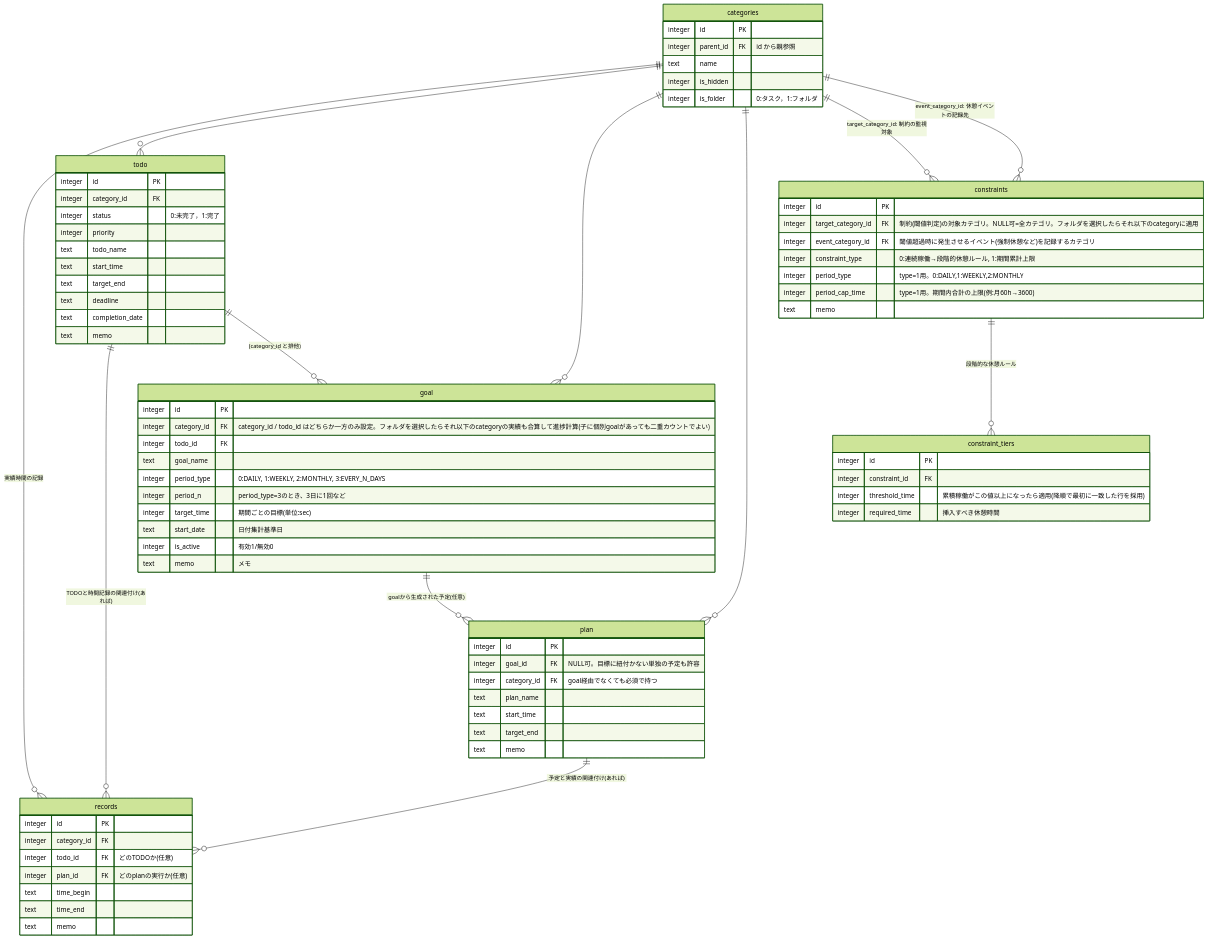
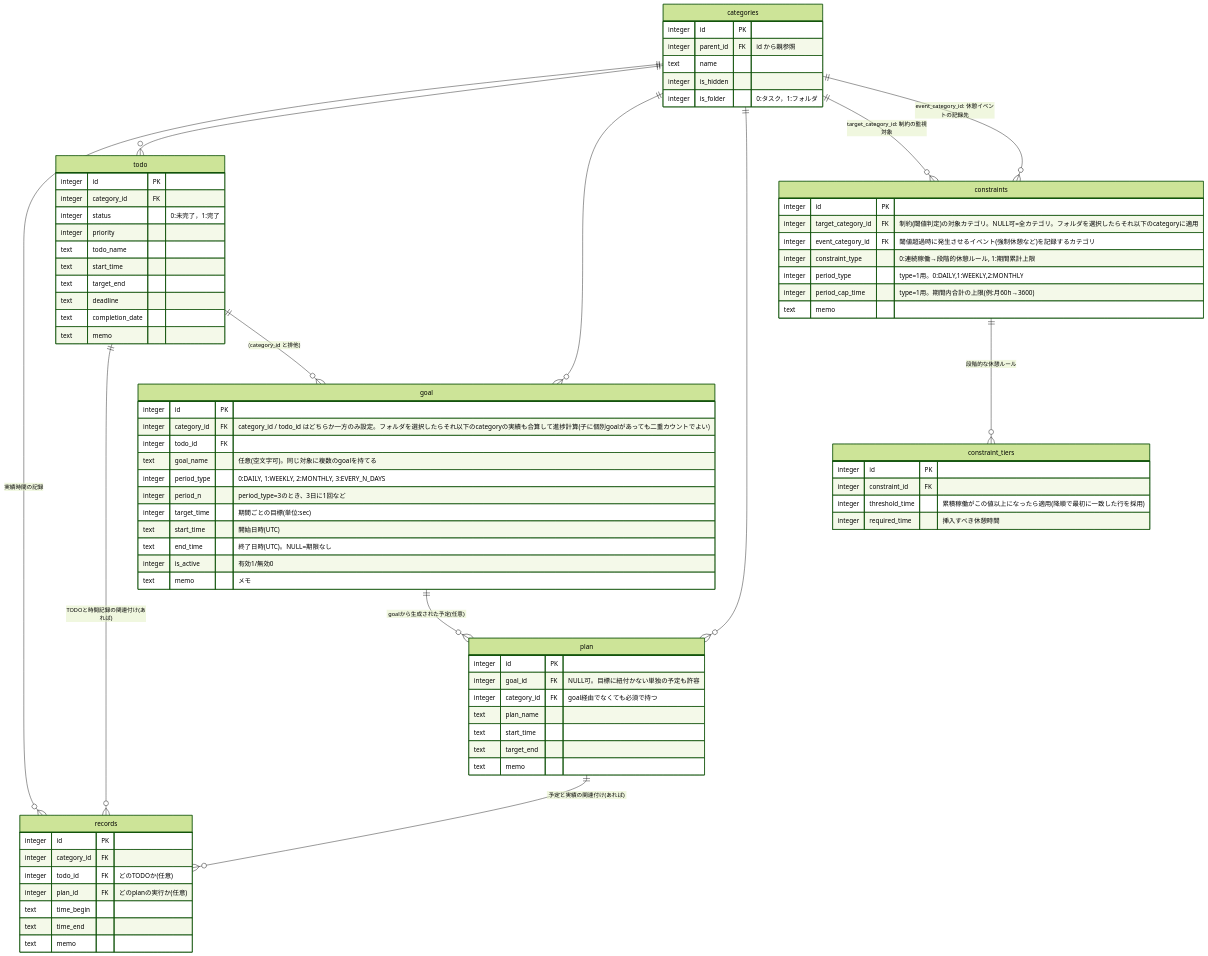
The diagram in src/core/db/db.md (nullruptr/Cudyne), drawn with Mermaid (forest theme) before and after one commit. The commit also changed 9 other files, not shown here.

```diff
--- a/src/core/db/db.md
+++ b/src/core/db/db.md
@@ -49,11 +49,12 @@
         integer id PK
         integer category_id FK "category_id / todo_id はどちらか一方のみ設定。フォルダを選択したらそれ以下のcategoryの実績も合算して進捗計算(子に個別goalがあっても二重カウントでよい)"
         integer todo_id FK
-        text goal_name
+        text goal_name "任意(空文字可)。同じ対象に複数のgoalを持てる"
         integer period_type "0:DAILY, 1:WEEKLY, 2:MONTHLY, 3:EVERY_N_DAYS"
         integer period_n "period_type=3のとき、3日に1回など"
         integer target_time "期間ごとの目標(単位:sec)"
-        text start_date "日付集計基準日"
+        text start_time "開始日時(UTC)"
+        text end_time "終了日時(UTC)。NULL=期限なし"
         integer is_active "有効1/無効0"
         text memo "メモ"
     }
```
